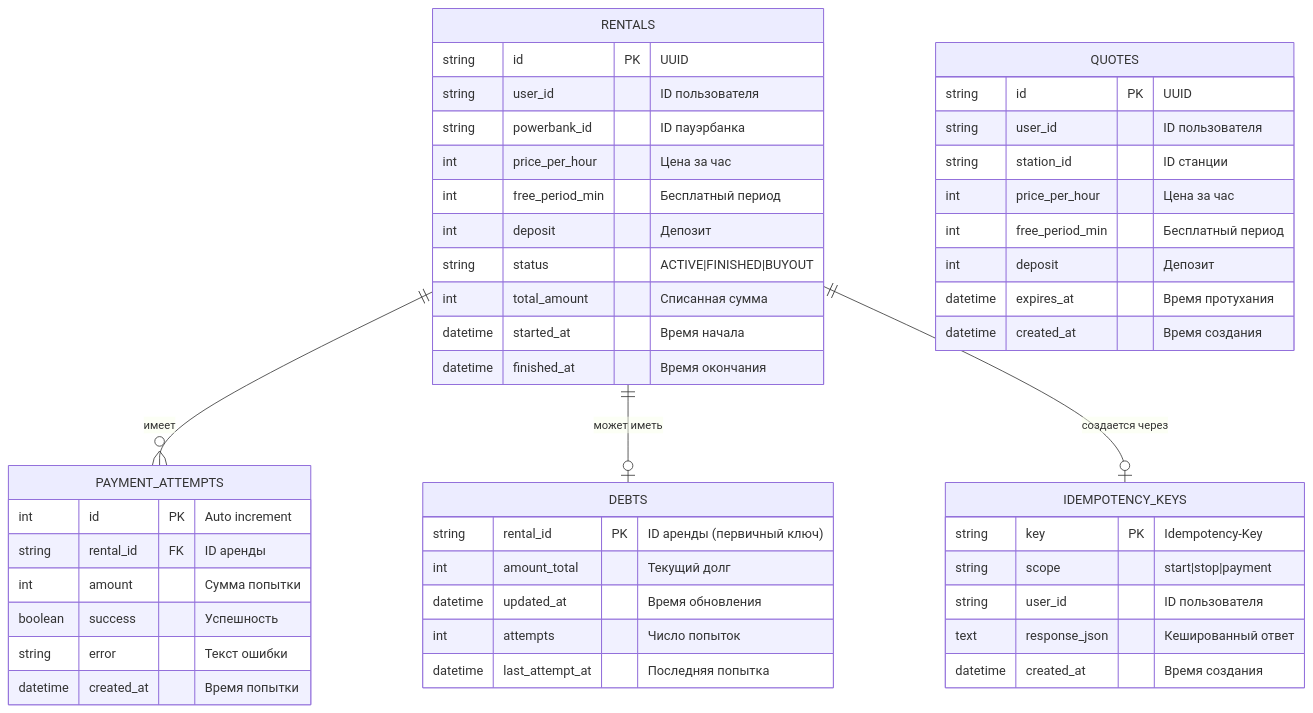
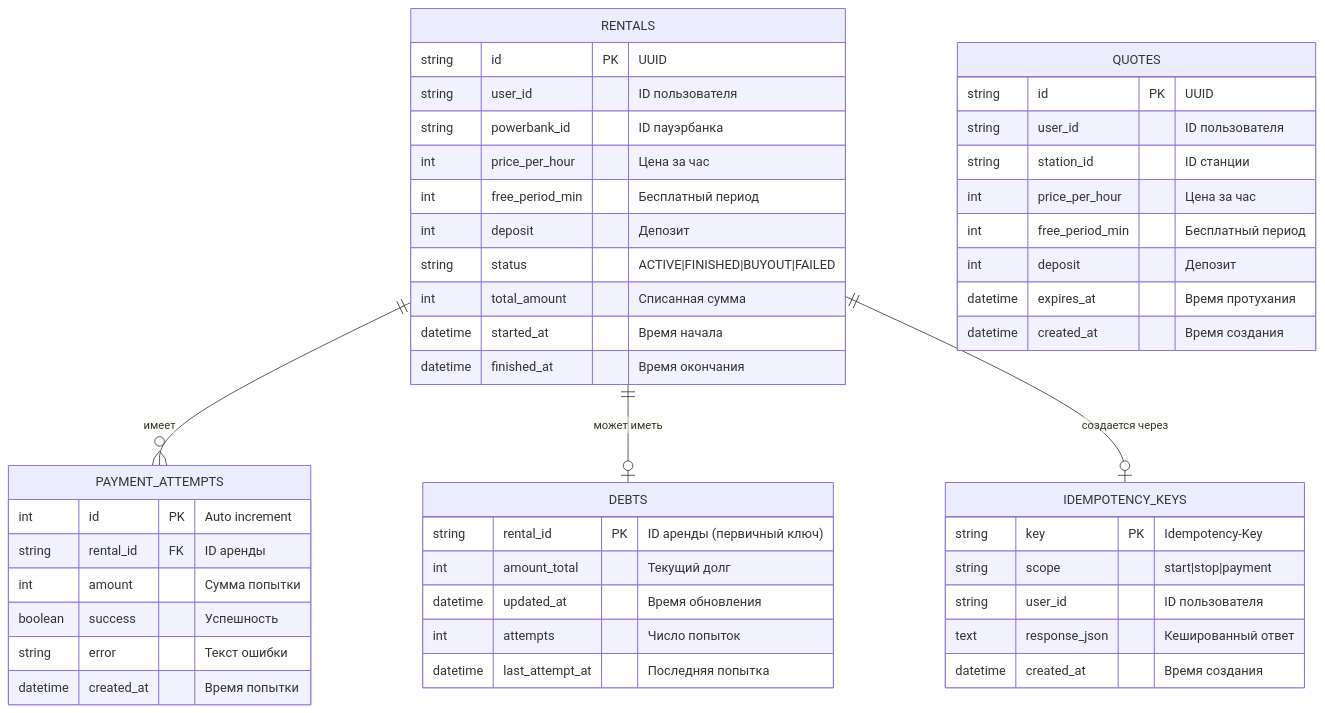
The diagram in diagrams/04-database-schema.md (AlexanderExp/SysDesign-HW-1), drawn with Mermaid before and after one commit. The commit also changed other lines of this file and 4 other files, not shown here.

Commit message:
Улучшены диаграммы и исправлена race condition

````diff
--- a/diagrams/04-database-schema.md
+++ b/diagrams/04-database-schema.md
@@ -5,55 +5,55 @@
 ```mermaid
 erDiagram
     RENTALS ||--o{ PAYMENT_ATTEMPTS : "имеет"
     RENTALS ||--o| DEBTS : "может иметь"
     RENTALS ||--o| IDEMPOTENCY_KEYS : "создается через"
     
     RENTALS {
         string id PK "UUID"
         string user_id "ID пользователя"
         string powerbank_id "ID пауэрбанка"
         int price_per_hour "Цена за час"
         int free_period_min "Бесплатный период"
         int deposit "Депозит"
-        string status "ACTIVE|FINISHED|BUYOUT"
+        string status "ACTIVE|FINISHED|BUYOUT|FAILED"
         int total_amount "Списанная сумма"
         datetime started_at "Время начала"
         datetime finished_at "Время окончания"
     }
     
     PAYMENT_ATTEMPTS {
         int id PK "Auto increment"
         string rental_id FK "ID аренды"
         int amount "Сумма попытки"
         boolean success "Успешность"
         string error "Текст ошибки"
         datetime created_at "Время попытки"
     }
     
     DEBTS {
         string rental_id PK "ID аренды (первичный ключ)"
         int amount_total "Текущий долг"
         datetime updated_at "Время обновления"
         int attempts "Число попыток"
         datetime last_attempt_at "Последняя попытка"
     }
     
     QUOTES {
         string id PK "UUID"
         string user_id "ID пользователя"
         string station_id "ID станции"
         int price_per_hour "Цена за час"
         int free_period_min "Бесплатный период"
         int deposit "Депозит"
         datetime expires_at "Время протухания"
         datetime created_at "Время создания"
     }
     
     IDEMPOTENCY_KEYS {
         string key PK "Idempotency-Key"
         string scope "start|stop|payment"
         string user_id "ID пользователя"
         text response_json "Кешированный ответ"
         datetime created_at "Время создания"
     }
 ```
````
